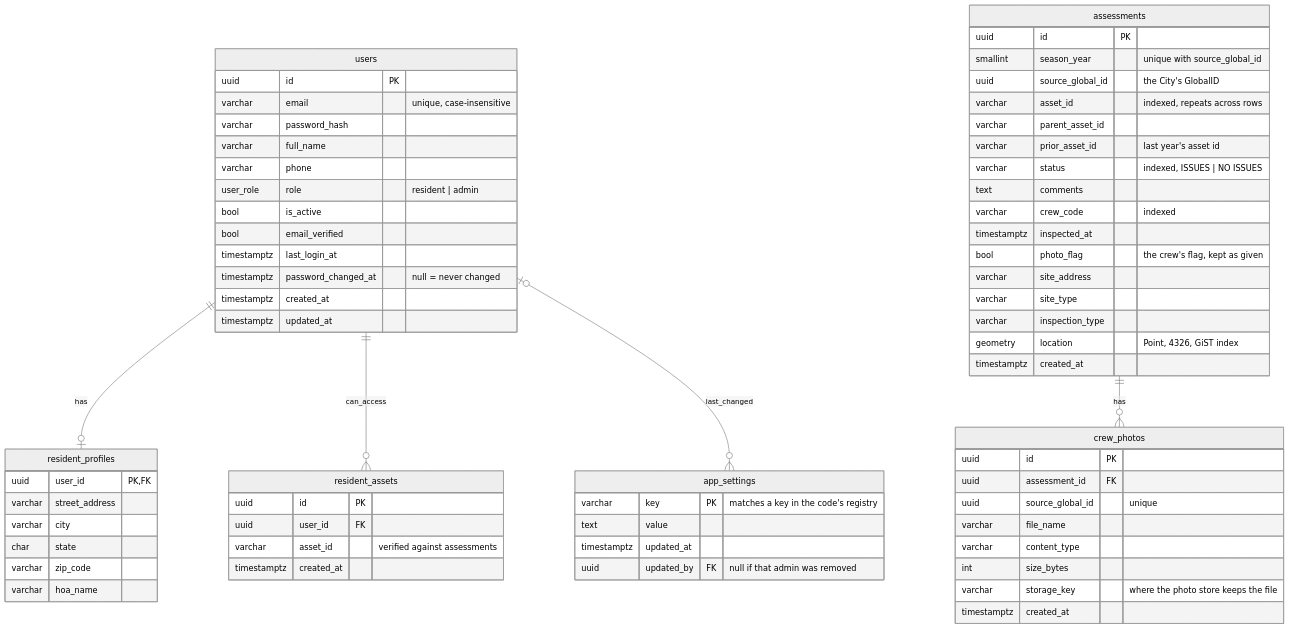
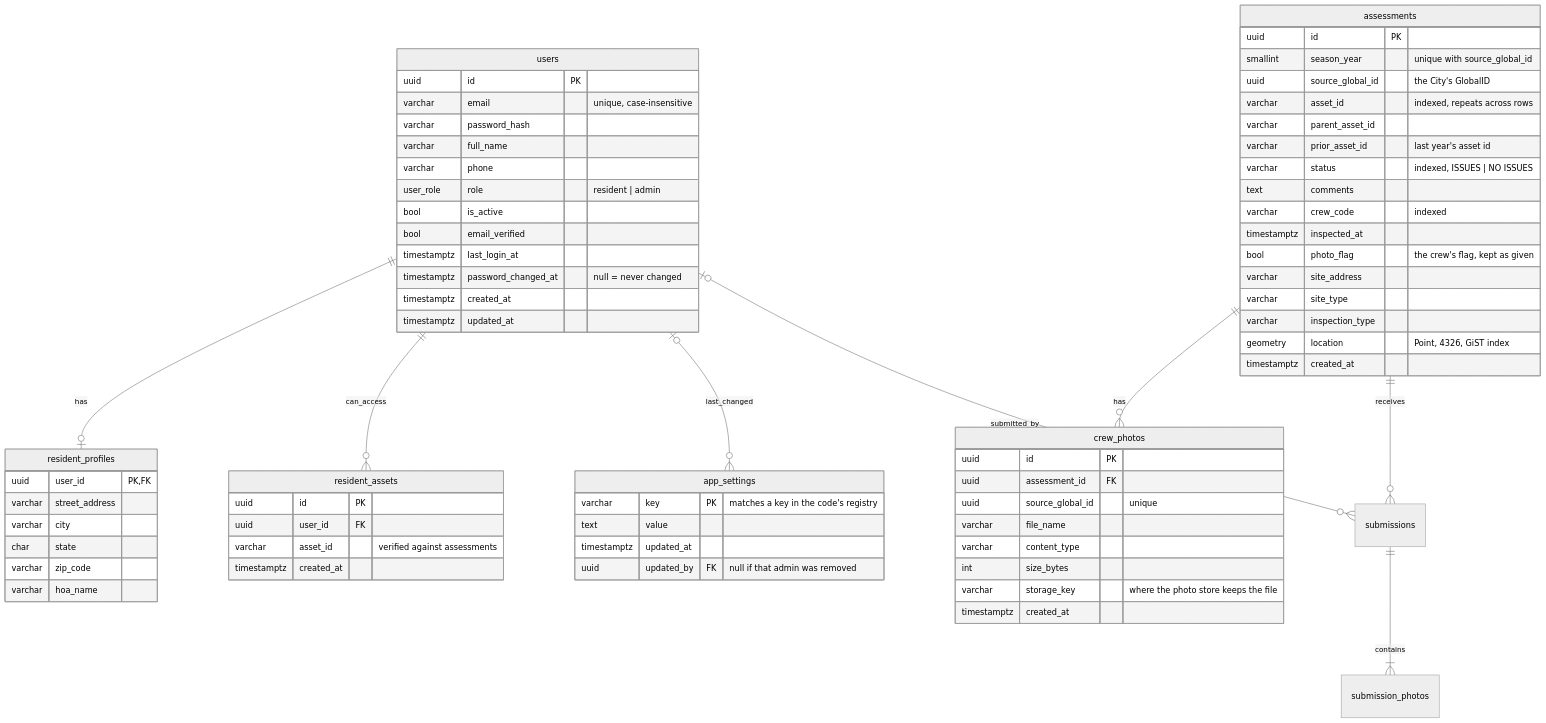
One commit to fliu-sfd/Fire_Haz_Veg_Portal changed the diagram in docs/database.md. Above: the diagram before and after it, drawn with Mermaid (neutral theme). The commit also changed other lines of this file and 8 other files, not shown here.

````diff
--- a/docs/database.md
+++ b/docs/database.md
@@ -28,70 +28,73 @@
 ```mermaid
 erDiagram
     users ||--o| resident_profiles : has
     users ||--o{ resident_assets : can_access
     users |o--o{ app_settings : last_changed
     assessments ||--o{ crew_photos : has
+    assessments ||--o{ submissions : receives
+    users |o--o{ submissions : submitted_by
+    submissions ||--|{ submission_photos : contains
 
     users {
         uuid id PK
         varchar email "unique, case-insensitive"
         varchar password_hash
         varchar full_name
         varchar phone
         user_role role "resident | admin"
         bool is_active
         bool email_verified
         timestamptz last_login_at
         timestamptz password_changed_at "null = never changed"
         timestamptz created_at
         timestamptz updated_at
     }
     resident_profiles {
         uuid user_id PK, FK
         varchar street_address
         varchar city
         char state
         varchar zip_code
         varchar hoa_name
     }
     resident_assets {
         uuid id PK
         uuid user_id FK
         varchar asset_id "verified against assessments"
         timestamptz created_at
     }
     assessments {
         uuid id PK
         smallint season_year "unique with source_global_id"
         uuid source_global_id "the City's GlobalID"
         varchar asset_id "indexed, repeats across rows"
         varchar parent_asset_id
         varchar prior_asset_id "last year's asset id"
         varchar status "indexed, ISSUES | NO ISSUES"
         text comments
         varchar crew_code "indexed"
         timestamptz inspected_at
         bool photo_flag "the crew's flag, kept as given"
         varchar site_address
         varchar site_type
         varchar inspection_type
         geometry location "Point, 4326, GiST index"
         timestamptz created_at
     }
     crew_photos {
         uuid id PK
         uuid assessment_id FK
         uuid source_global_id "unique"
         varchar file_name
         varchar content_type
         int size_bytes
         varchar storage_key "where the photo store keeps the file"
         timestamptz created_at
     }
     app_settings {
         varchar key PK "matches a key in the code's registry"
         text value
         timestamptz updated_at
         uuid updated_by FK "null if that admin was removed"
     }
 ```
````
